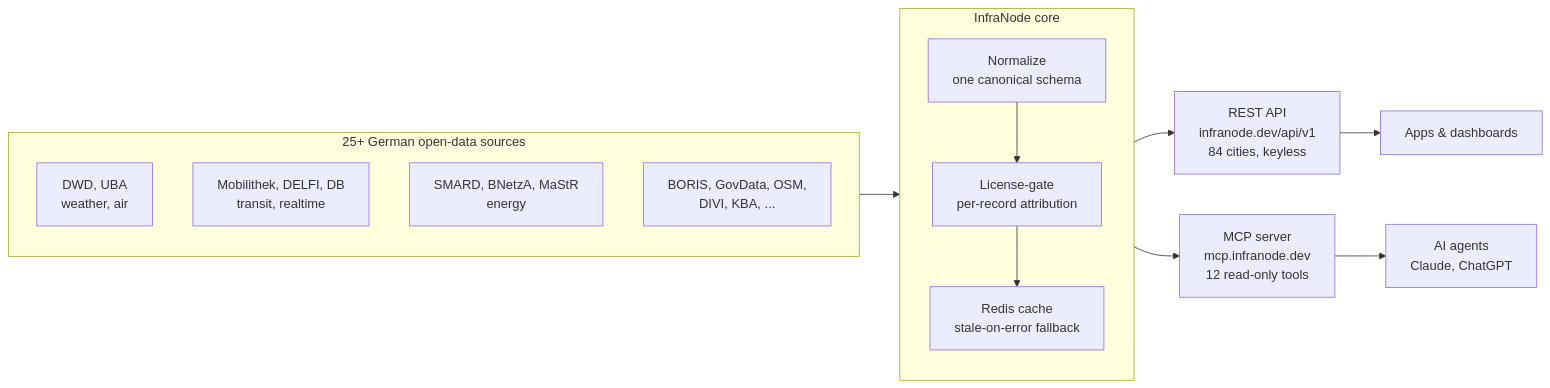
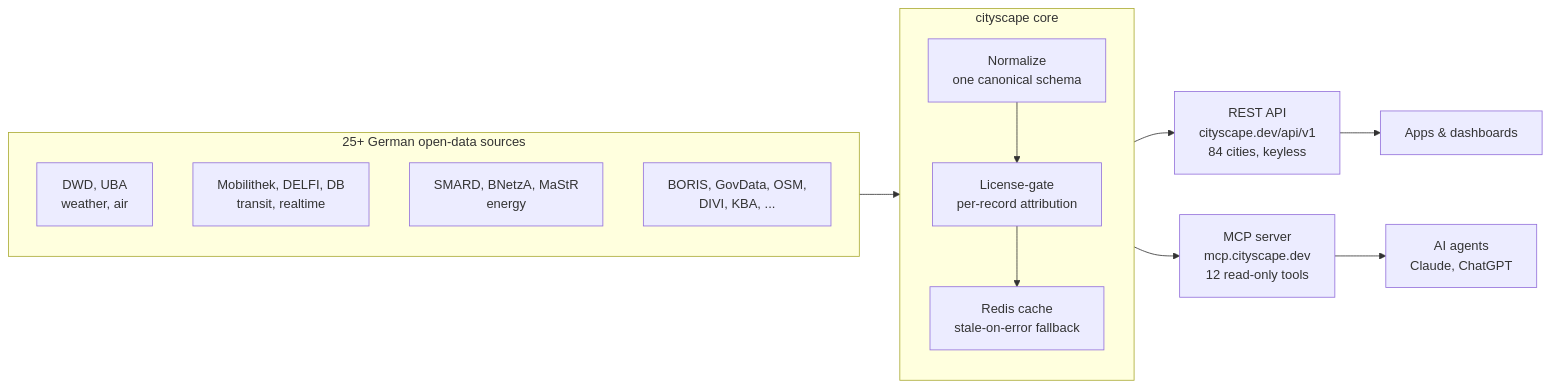
One commit to sayik/cityscape changed the diagram in README.md. Above: the diagram before and after it, drawn with Mermaid. The commit also changed other lines of this file and 128 other files, not shown here.

````diff
--- a/README.md
+++ b/README.md
@@ -45,21 +45,21 @@
 ```mermaid
 flowchart LR
     subgraph SRC["25+ German open-data sources"]
         direction TB
         S1["DWD, UBA<br/>weather, air"]
         S2["Mobilithek, DELFI, DB<br/>transit, realtime"]
         S3["SMARD, BNetzA, MaStR<br/>energy"]
         S4["BORIS, GovData, OSM,<br/>DIVI, KBA, ..."]
     end
 
-    subgraph CORE["InfraNode core"]
+    subgraph CORE["cityscape core"]
         direction TB
         N["Normalize<br/>one canonical schema"] --> L["License-gate<br/>per-record attribution"] --> C["Redis cache<br/>stale-on-error fallback"]
     end
 
     SRC --> CORE
-    CORE --> API["REST API<br/>infranode.dev/api/v1<br/>84 cities, keyless"]
-    CORE --> MCP["MCP server<br/>mcp.infranode.dev<br/>12 read-only tools"]
+    CORE --> API["REST API<br/>cityscape.dev/api/v1<br/>84 cities, keyless"]
+    CORE --> MCP["MCP server<br/>mcp.cityscape.dev<br/>12 read-only tools"]
     API --> APPS["Apps &amp; dashboards"]
     MCP --> AGENTS["AI agents<br/>Claude, ChatGPT"]
 ```
````
